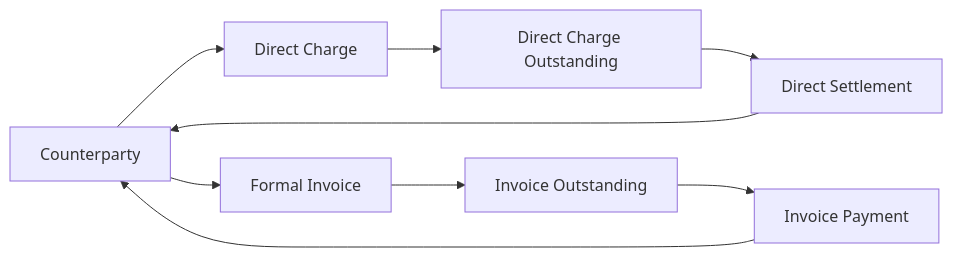
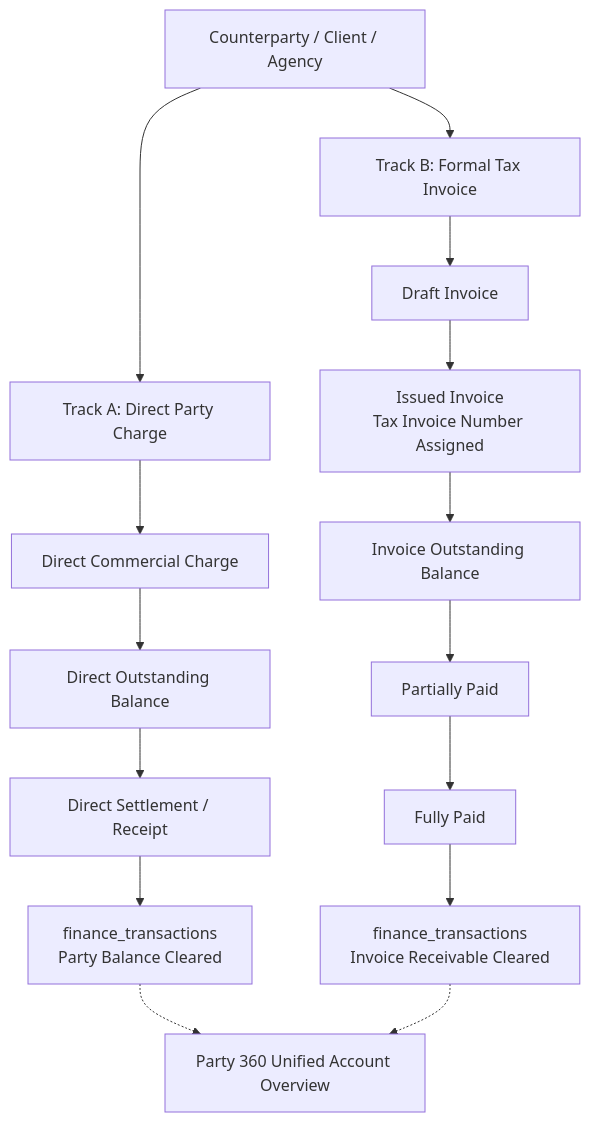
Before and after one commit to sufibuildwith-py/sa-controlcentre: the seventh of 12 diagrams in README.md, drawn with Mermaid. The commit also changed other lines of this file, not shown here.

Commit message:
docs: overhaul README to represent connected operating system and EVE architecture

````diff
--- a/README.md
+++ b/README.md
@@ -261,14 +355,22 @@
 ```mermaid
-flowchart LR
-    C[Counterparty] --> DC[Direct Charge]
-    C --> FI[Formal Invoice]
+flowchart TD
+    PARTY[Counterparty / Client / Agency]
+    
+    PARTY --> TRACK_A[Track A: Direct Party Charge]
+    PARTY --> TRACK_B[Track B: Formal Tax Invoice]
 
-    DC --> DR[Direct Charge Outstanding]
-    FI --> IR[Invoice Outstanding]
+    TRACK_A --> CHG[Direct Commercial Charge]
+    CHG --> D_REC[Direct Outstanding Balance]
+    D_REC --> D_SETTL[Direct Settlement / Receipt]
+    D_SETTL --> D_POST[finance_transactions\nParty Balance Cleared]
 
-    DR --> S1[Direct Settlement]
-    IR --> S2[Invoice Payment]
+    TRACK_B --> DRAFT[Draft Invoice]
+    DRAFT --> ISSUED[Issued Invoice\nTax Invoice Number Assigned]
+    ISSUED --> I_REC[Invoice Outstanding Balance]
+    I_REC --> PARTIAL[Partially Paid]
+    PARTIAL --> PAID[Fully Paid]
+    PAID --> I_POST[finance_transactions\nInvoice Receivable Cleared]
 
-    S1 --> C
-    S2 --> C
+    D_POST -.-> P360[Party 360 Unified Account Overview]
+    I_POST -.-> P360
 ```
````
